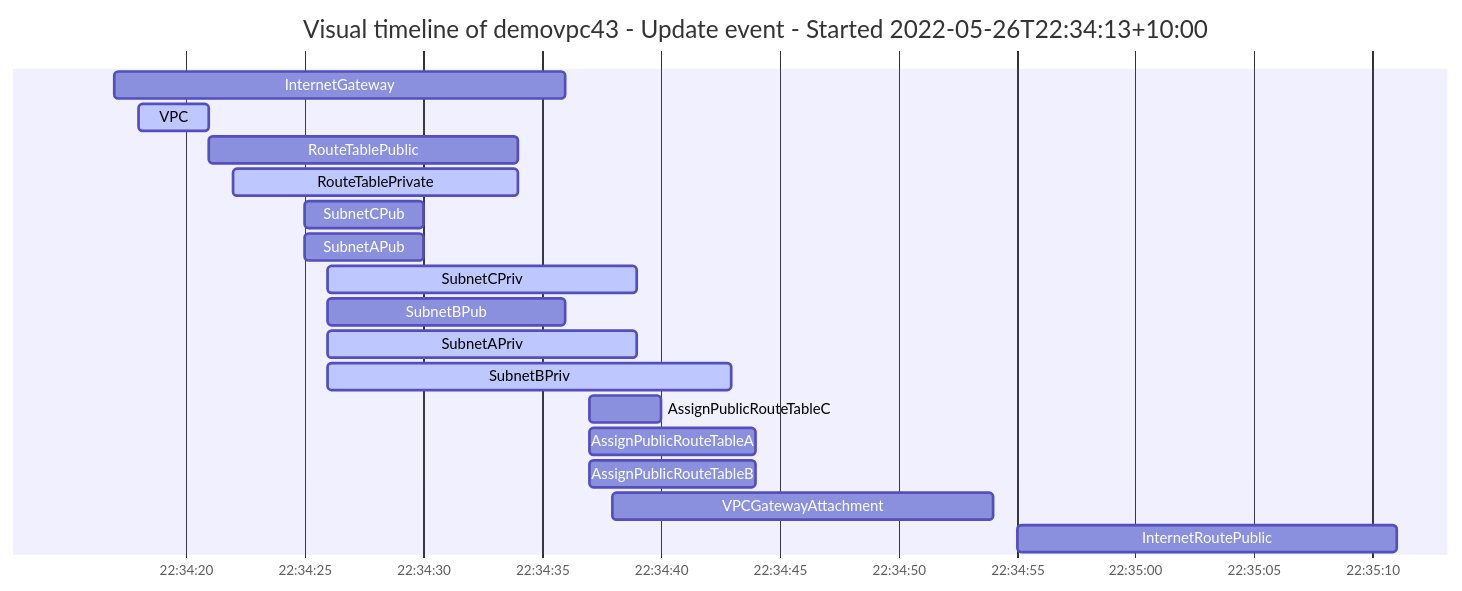
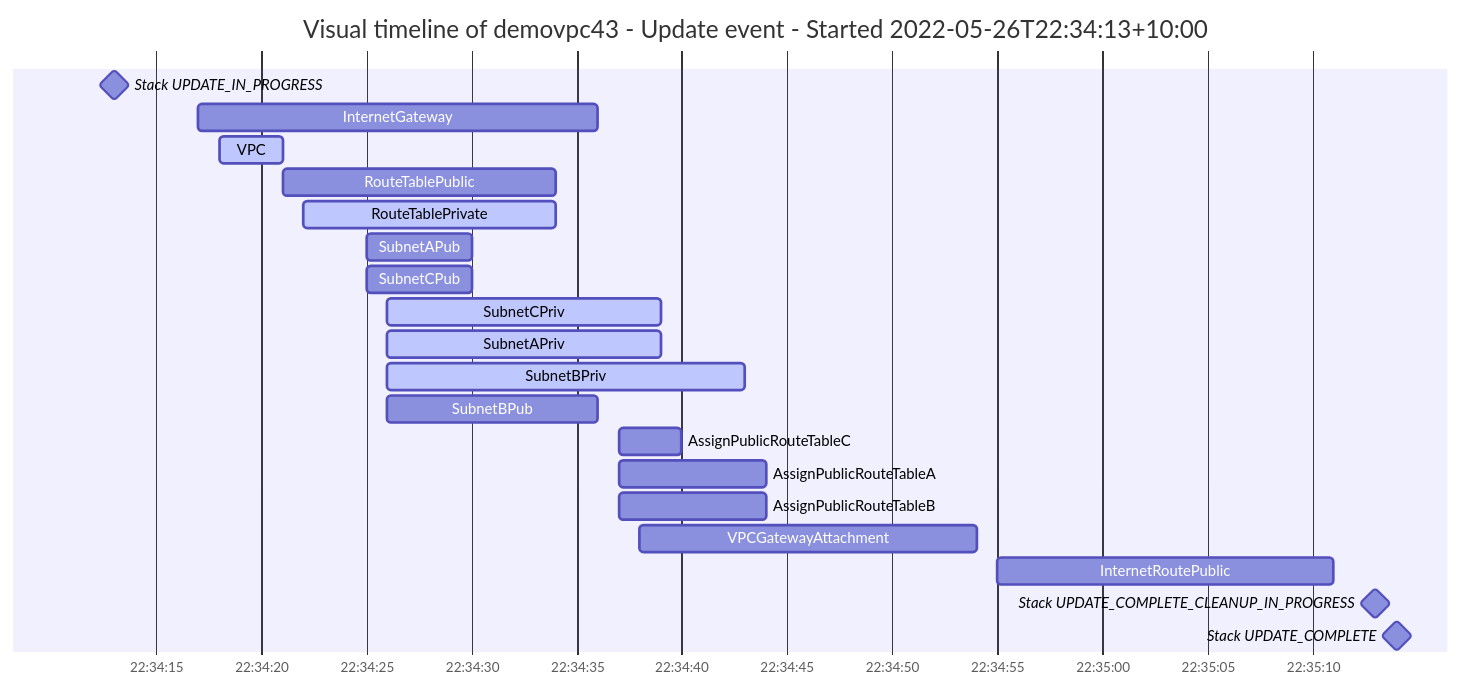
Before and after one commit to ArjenSchwarz/fog: the fourth of 4 diagrams in docs/fog-report-demo.md, drawn with Mermaid. The commit also changed other lines of this file and 1 other file, not shown here.

````diff
--- a/docs/fog-report-demo.md
+++ b/docs/fog-report-demo.md
@@ -139,21 +148,24 @@
 ```mermaid
 gantt
 	title Visual timeline of demovpc43 - Update event - Started 2022-05-26T22:34:13+10:00
 	dateFormat HH:mm:ss
 	axisFormat %H:%M:%S
+	Stack UPDATE_IN_PROGRESS	:milestone, 22:34:13 , 0s
 	InternetGateway	:22:34:17 , 19s
 	VPC	:active, 22:34:18 , 3s
 	RouteTablePublic	:22:34:21 , 13s
 	RouteTablePrivate	:active, 22:34:22 , 12s
+	SubnetAPub	:22:34:25 , 5s
 	SubnetCPub	:22:34:25 , 5s
-	SubnetAPub	:22:34:25 , 5s
 	SubnetCPriv	:active, 22:34:26 , 13s
-	SubnetBPub	:22:34:26 , 10s
 	SubnetAPriv	:active, 22:34:26 , 13s
 	SubnetBPriv	:active, 22:34:26 , 17s
+	SubnetBPub	:22:34:26 , 10s
 	AssignPublicRouteTableC	:22:34:37 , 3s
 	AssignPublicRouteTableA	:22:34:37 , 7s
 	AssignPublicRouteTableB	:22:34:37 , 7s
 	VPCGatewayAttachment	:22:34:38 , 16s
 	InternetRoutePublic	:22:34:55 , 16s
+	Stack UPDATE_COMPLETE_CLEANUP_IN_PROGRESS	:milestone, 22:35:13 , 0s
+	Stack UPDATE_COMPLETE	:milestone, 22:35:14 , 0s
 ```
````
